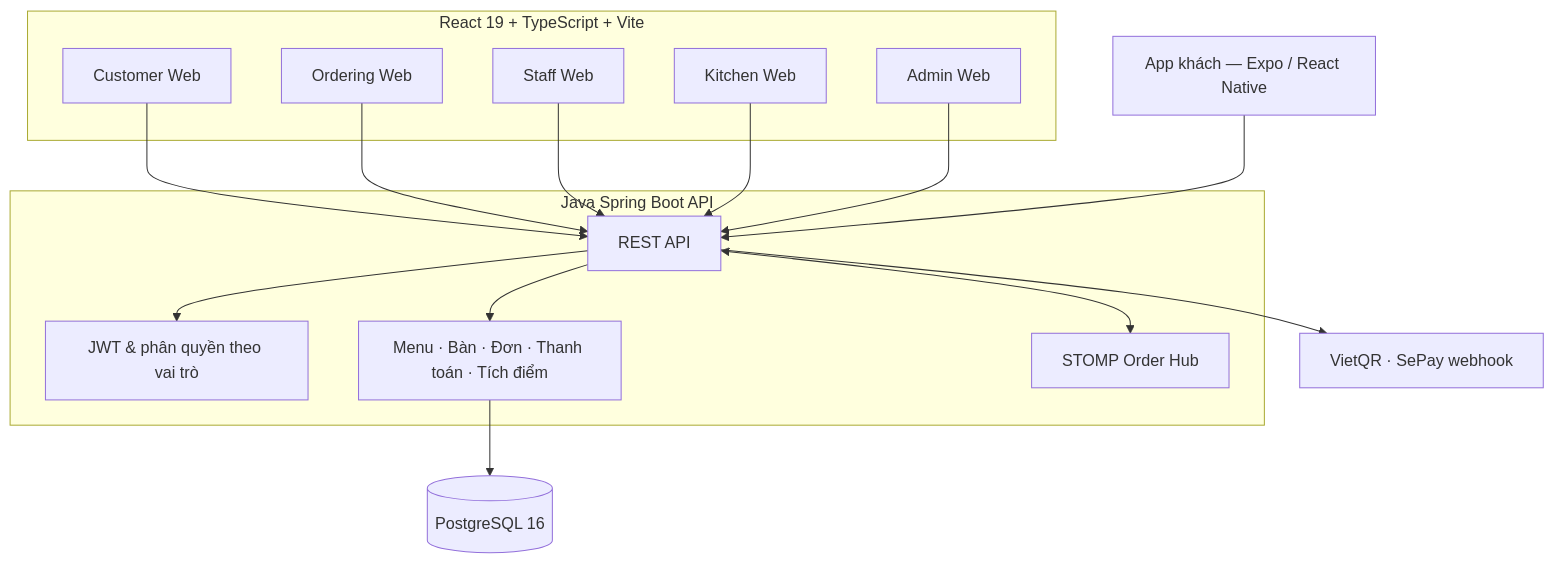
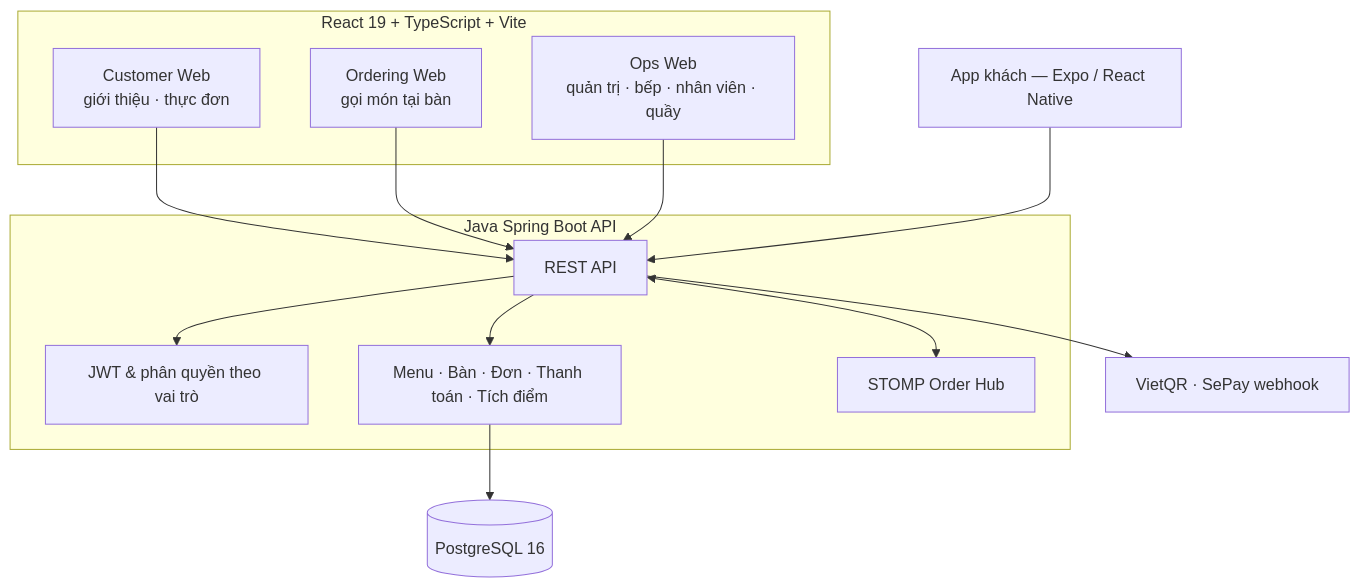
One commit to Anpham120/restaurant-qr-ai-ordering-mobile changed the second of 2 diagrams in README.md. Above: the diagram before and after it, drawn with Mermaid. The commit also changed other lines of this file and 23 other files, not shown here.

````diff
--- a/README.md
+++ b/README.md
@@ -96,32 +96,28 @@
 ```mermaid
 flowchart TB
   subgraph Clients["React 19 + TypeScript + Vite"]
-    Customer["Customer Web"]
-    Ordering["Ordering Web"]
-    Staff["Staff Web"]
-    Kitchen["Kitchen Web"]
-    Admin["Admin Web"]
+    Customer["Customer Web<br/>giới thiệu · thực đơn"]
+    Ordering["Ordering Web<br/>gọi món tại bàn"]
+    Ops["Ops Web<br/>quản trị · bếp · nhân viên · quầy"]
   end
 
   Mobile["App khách — Expo / React Native"]
 
   Customer --> API
   Ordering --> API
-  Staff --> API
-  Kitchen --> API
-  Admin --> API
+  Ops --> API
   Mobile --> API
 
   subgraph Backend["Java Spring Boot API"]
     API["REST API"]
     Auth["JWT & phân quyền theo vai trò"]
     Orders["Menu · Bàn · Đơn · Thanh toán · Tích điểm"]
     Hub["STOMP Order Hub"]
   end
 
   API --> Auth
   API --> Orders
   API <--> Hub
   Orders --> DB[("PostgreSQL 16")]
   API --> Pay["VietQR · SePay webhook"]
 ```
````
